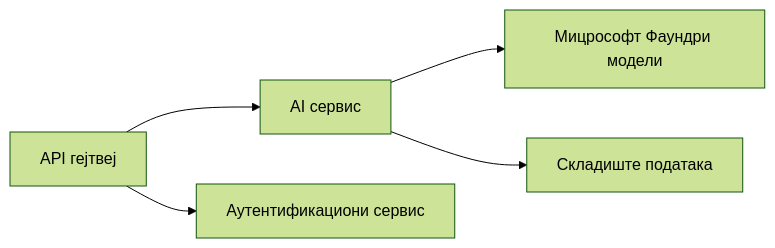
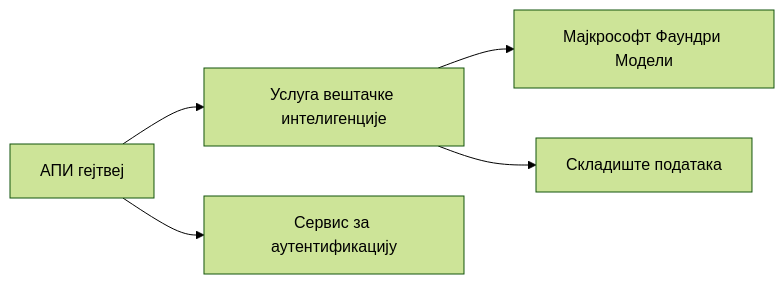
One commit to microsoft/AZD-for-beginners changed the first of 2 diagrams in translations/sr/docs/chapter-08-production/README.md. Above: the diagram before and after it, drawn with Mermaid (forest theme). The commit also changed other lines of this file and 104 other files, not shown here.

````diff
--- a/translations/sr/docs/chapter-08-production/README.md
+++ b/translations/sr/docs/chapter-08-production/README.md
@@ -48,6 +48,6 @@
 ```mermaid
 graph LR
-    Gateway[API гејтвеј] --> AI[AI сервис] --> Models[Мицрософт Фаундри модели]
-    Gateway --> Auth[Аутентификациони сервис]
+    Gateway[АПИ гејтвеј] --> AI[Услуга вештачке интелигенције] --> Models[Мајкрософт Фаундри Модели]
+    Gateway --> Auth[Сервис за аутентификацију]
     AI --> Data[Складиште података]
 ```
````
